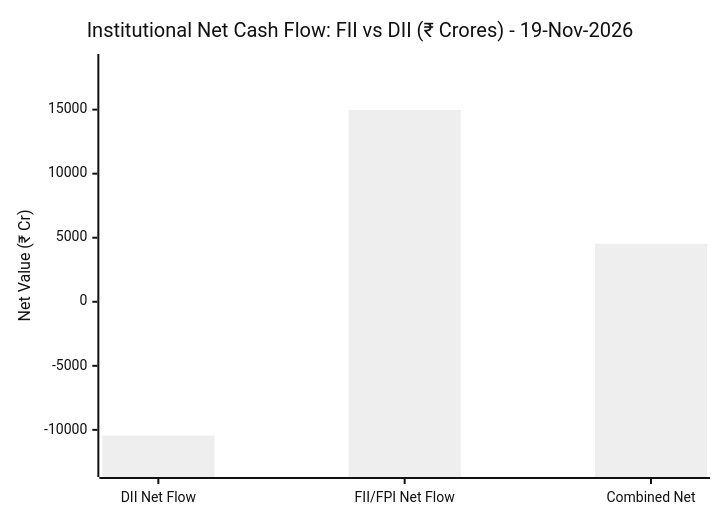
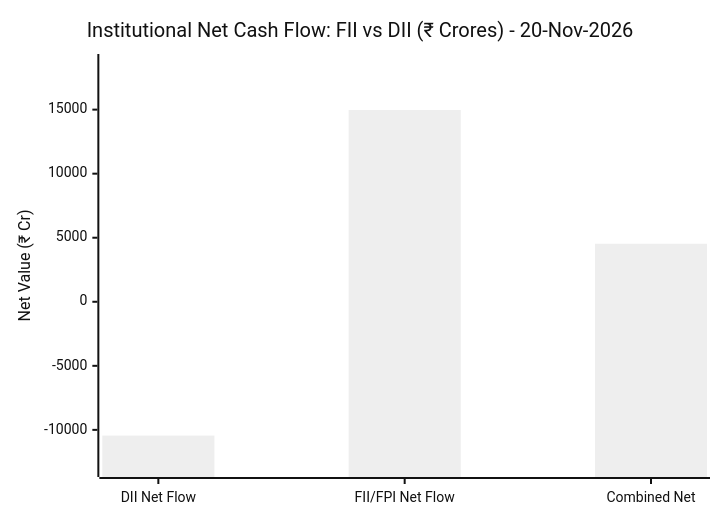
One commit to purnareddy9/dev changed the diagram in market-intelligence/README.md. Above: the diagram before and after it, drawn with Mermaid (neutral theme). The commit also changed other lines of this file and 4 other files, not shown here.

````diff
--- a/market-intelligence/README.md
+++ b/market-intelligence/README.md
@@ -65,7 +65,7 @@
 ```mermaid
 xychart-beta
-    title "Institutional Net Cash Flow: FII vs DII (₹ Crores) - 19-Nov-2026"
+    title "Institutional Net Cash Flow: FII vs DII (₹ Crores) - 20-Nov-2026"
     x-axis ["DII Net Flow", "FII/FPI Net Flow", "Combined Net"]
     y-axis "Net Value (₹ Cr)" -13055 --> 18718
     bar [-10444.54, 14974.68, 4530.14]
 ```
````
